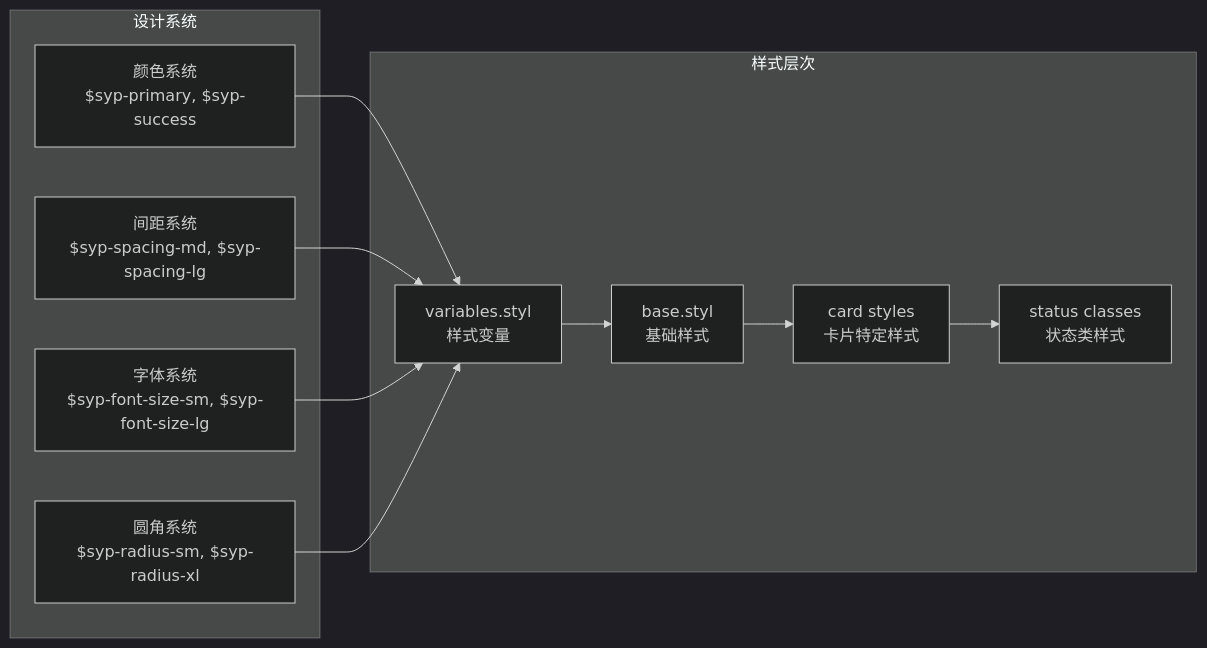
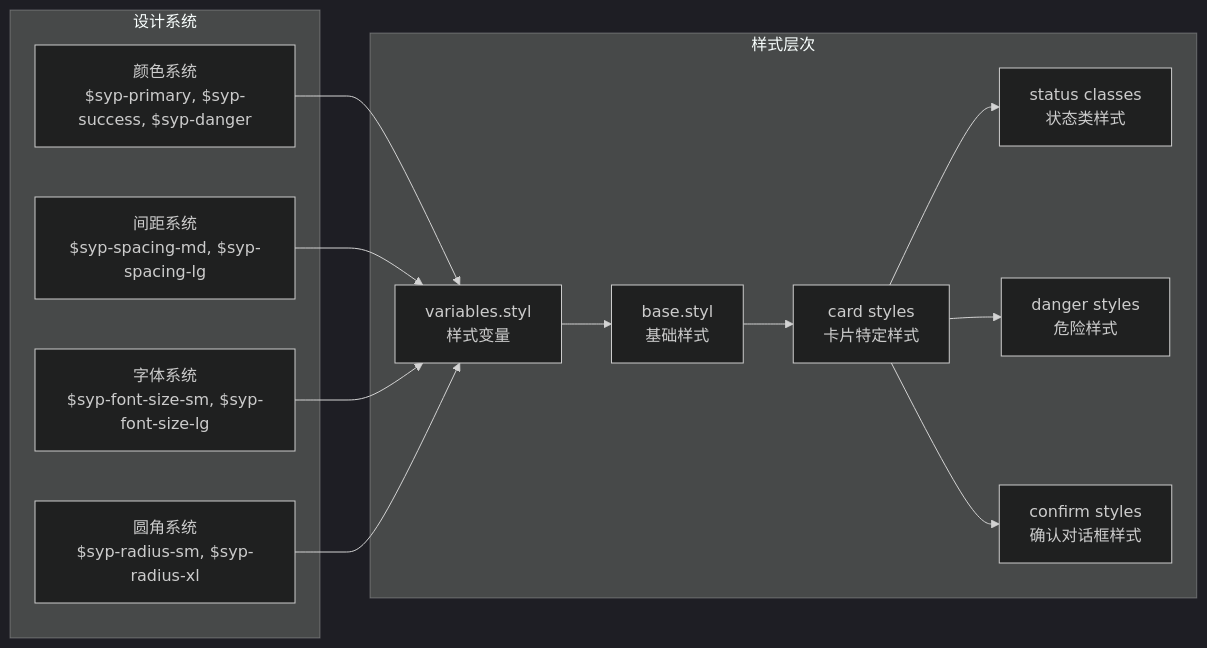
The seventh of 12 diagrams in .qoder/repowiki/zh/content/用户界面组件/发布组件/V2 平台卡片组件.md (terwer/siyuan-plugin-publisher), drawn with Mermaid (dark theme) before and after one commit. The commit also changed other lines of this file and 16 other files, not shown here.

````diff
--- a/.qoder/repowiki/zh/content/用户界面组件/发布组件/V2 平台卡片组件.md
+++ b/.qoder/repowiki/zh/content/用户界面组件/发布组件/V2 平台卡片组件.md
@@ -338,22 +367,26 @@
 ```mermaid
 graph LR
 subgraph "样式层次"
 Variables[variables.styl<br/>样式变量]
 Base[base.styl<br/>基础样式]
 Card[card styles<br/>卡片特定样式]
 Status[status classes<br/>状态类样式]
+Danger[danger styles<br/>危险样式]
+Confirm[confirm styles<br/>确认对话框样式]
 end
 subgraph "设计系统"
-Colors[颜色系统<br/>$syp-primary, $syp-success]
+Colors[颜色系统<br/>$syp-primary, $syp-success, $syp-danger]
 Spacing[间距系统<br/>$syp-spacing-md, $syp-spacing-lg]
 Typography[字体系统<br/>$syp-font-size-sm, $syp-font-size-lg]
 Radius[圆角系统<br/>$syp-radius-sm, $syp-radius-xl]
 end
 Variables --> Base
 Base --> Card
 Card --> Status
+Card --> Danger
+Card --> Confirm
 Colors --> Variables
 Spacing --> Variables
 Typography --> Variables
 Radius --> Variables
 ```
````
